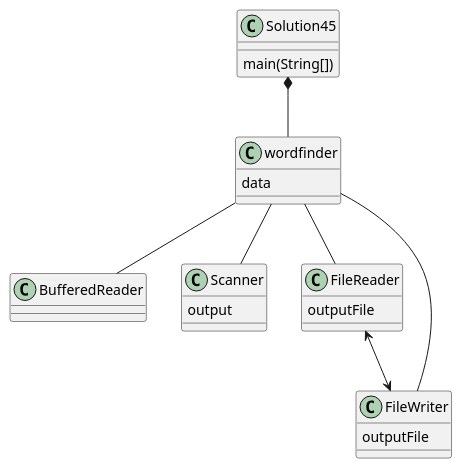
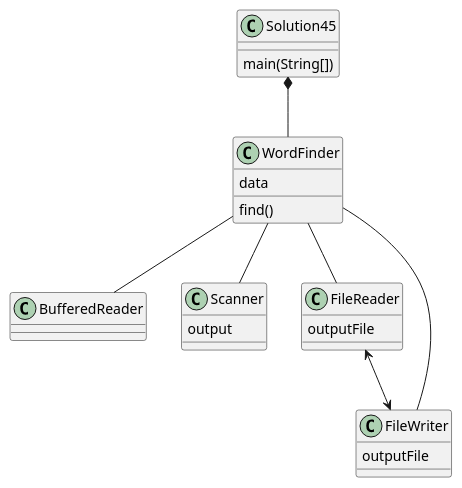
The diagram in exercise45/docs/exercise45.puml (MohitBallikar/Ballikar-a04), drawn with PlantUML before and after one commit. The commit also changed 3 other files, not shown here.

Commit message:
restructure and uml updates

```diff
--- a/exercise45/docs/exercise45.puml
+++ b/exercise45/docs/exercise45.puml
@@ -1,30 +1,29 @@
 @startuml
 class Solution45 {
     main(String[])
 }
-Solution45 *--wordfinder
+Solution45 *--WordFinder
 
-class wordfinder{
+class WordFinder{
 data
-
+find()
 }
-
-wordfinder -- BufferedReader
-wordfinder -- Scanner
-wordfinder -- FileReader
-wordfinder -- FileWriter
+WordFinder -- BufferedReader
+WordFinder -- Scanner
+WordFinder -- FileReader
+WordFinder -- FileWriter
 FileReader <--> FileWriter
 class Scanner {
 output
 }
 class FileReader {
 outputFile
 }
 class FileWriter {
 outputFile
 }
 
 
 
 
 @enduml
```
